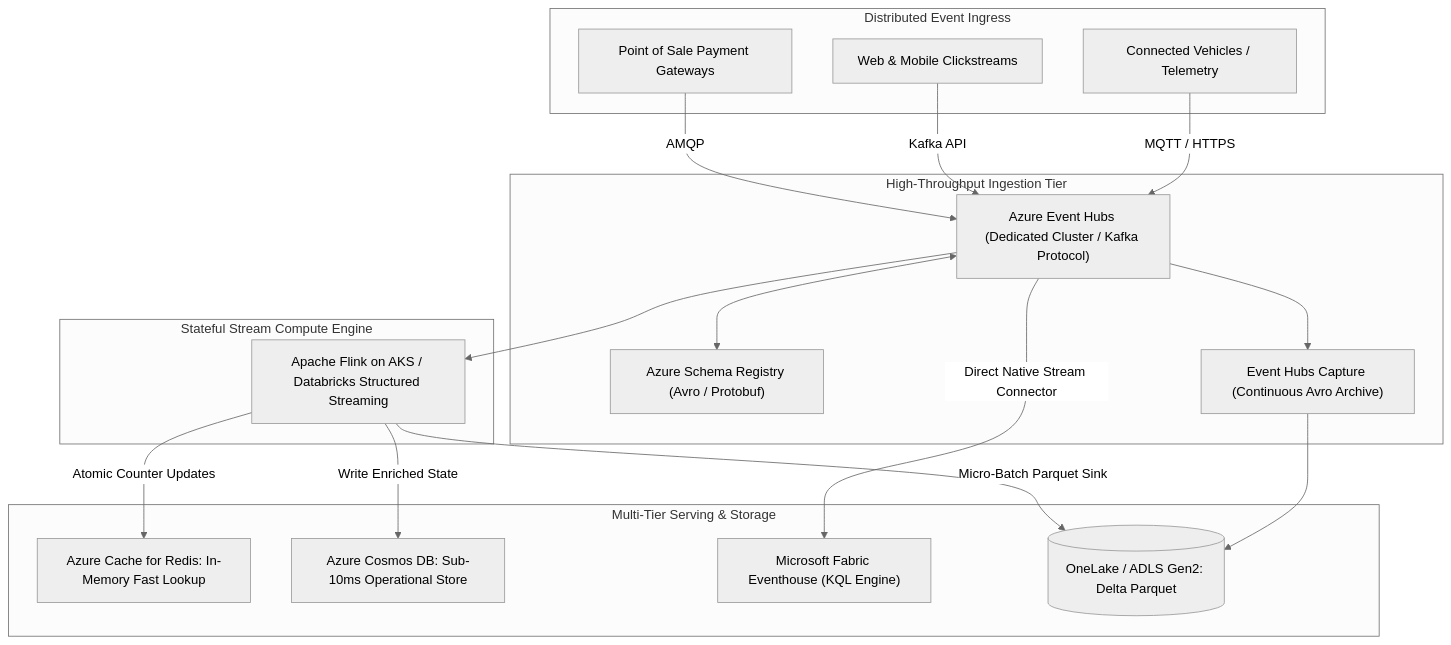
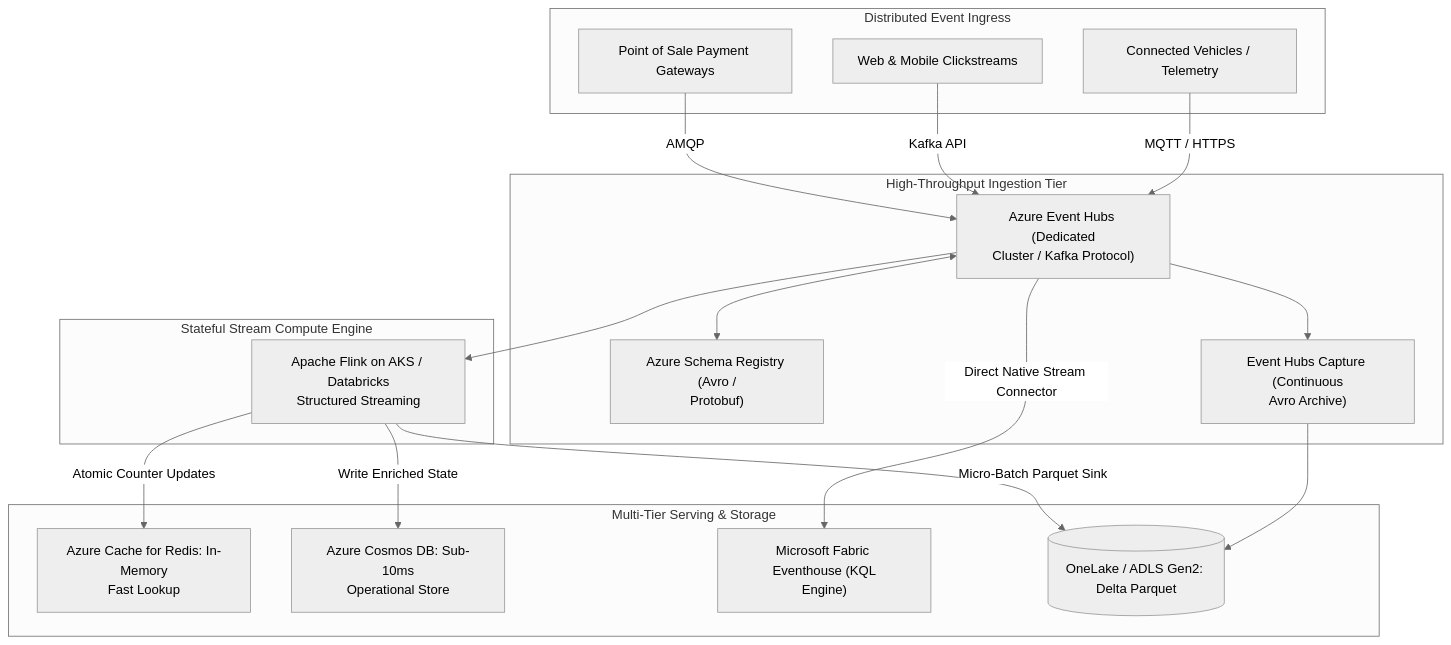
The diagram in architectures/real-time-streaming-iot.md (santoshjammi29/azure-cheat-sheet), drawn with Mermaid (neutral theme) before and after one commit. The commit also changed 15 other files, not shown here.

Commit message:
fix(diagrams): word-wrap labels and escape comparison operators across all diagrams

````diff
--- a/architectures/real-time-streaming-iot.md
+++ b/architectures/real-time-streaming-iot.md
@@ -33,38 +33,38 @@
 ```mermaid
 flowchart TD
     subgraph Event_Producers["Distributed Event Ingress"]
         Vehicles[Connected Vehicles / Telemetry]
         WebEvents[Web & Mobile Clickstreams]
         POS[Point of Sale Payment Gateways]
     end
 
     subgraph Streaming_Ingestion["High-Throughput Ingestion Tier"]
-        EH["Azure Event Hubs (Dedicated Cluster / Kafka Protocol)"]
-        SR["Azure Schema Registry (Avro / Protobuf)"]
-        Capture["Event Hubs Capture (Continuous Avro Archive)"]
+        EH["Azure Event Hubs (Dedicated<br/>Cluster / Kafka Protocol)"]
+        SR["Azure Schema Registry (Avro /<br/>Protobuf)"]
+        Capture["Event Hubs Capture (Continuous<br/>Avro Archive)"]
     end
 
-    Vehicles -->|MQTT / HTTPS| EH
+    Vehicles -->|"MQTT / HTTPS"| EH
     WebEvents -->|Kafka API| EH
     POS -->|AMQP| EH
     EH <--> SR
     EH --> Capture
 
     subgraph Stream_Compute["Stateful Stream Compute Engine"]
-        Flink["Apache Flink on AKS / Databricks Structured Streaming"]
+        Flink["Apache Flink on AKS / Databricks<br/>Structured Streaming"]
         EH --> Flink
     end
 
     subgraph Hot_Cold_Serving["Multi-Tier Serving & Storage"]
-        Redis["Azure Cache for Redis: In-Memory Fast Lookup"]
-        Cosmos["Azure Cosmos DB: Sub-10ms Operational Store"]
-        KQL["Microsoft Fabric Eventhouse (KQL Engine)"]
-        OneLake[(OneLake / ADLS Gen2: Delta Parquet)]
+        Redis["Azure Cache for Redis: In-Memory<br/>Fast Lookup"]
+        Cosmos["Azure Cosmos DB: Sub-10ms<br/>Operational Store"]
+        KQL["Microsoft Fabric Eventhouse (KQL<br/>Engine)"]
+        OneLake[("OneLake / ADLS Gen2: Delta Parquet")]
     end
 
     Flink -->|Atomic Counter Updates| Redis
     Flink -->|Write Enriched State| Cosmos
     EH -->|Direct Native Stream Connector| KQL
     Capture --> OneLake
     Flink -->|Micro-Batch Parquet Sink| OneLake
 ```
````
